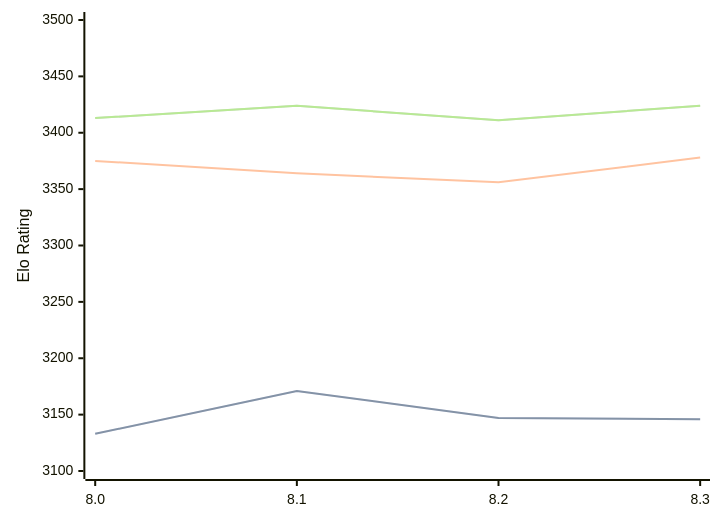
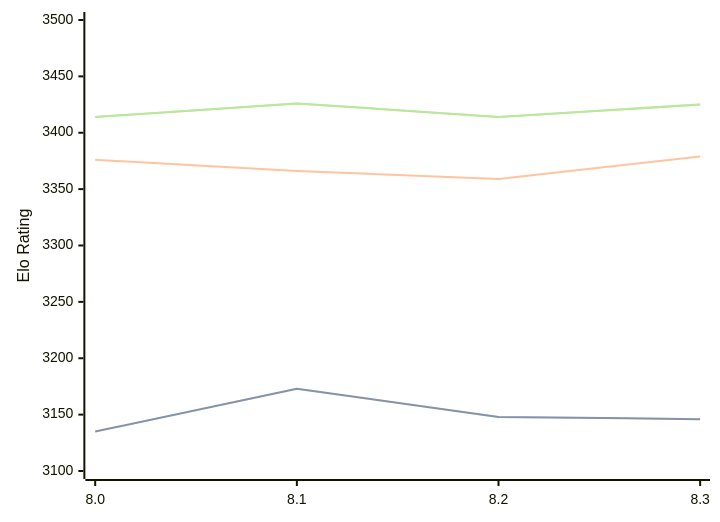
The diagram in engines/Alexander.md (computer-chess-index/cci), drawn with Mermaid before and after one commit. The commit also changed other lines of this file, not shown here.

Commit message:
Update CCI Ratings (ELO VLTC) - 2026-08-22

````diff
--- a/engines/Alexander.md
+++ b/engines/Alexander.md
@@ -34,11 +34,11 @@
 ```mermaid
 %%{init: {"theme":"base","themeVariables":{"seriesColors:['#a3a3a3','#222221','#faa371']}}}%%
 xychart-beta
   x-axis ["8.0", "8.1", "8.2", "8.3"]
   y-axis "Elo Rating" 3100 --> 3500
-  line "STC (8.0+0.08s)" [3133, 3171, 3147, 3146]
-  line "STC (8.0+0.08s)" [3133, 3171, 3147, 3146]
-  line "LTC (60.0+0.60s)" [3375, 3364, 3356, 3378]
-  line "VLTC (2m24s+1.12s)" [3413, 3424, 3411, 3424]
-  line "VLTC (2m24s+1.12s)" [3413, 3424, 3411, 3424]
+  line "STC (8.0+0.08s)" [3135, 3173, 3148, 3146]
+  line "STC (8.0+0.08s)" [3135, 3173, 3148, 3146]
+  line "LTC (60.0+0.60s)" [3376, 3366, 3359, 3379]
+  line "VLTC (2m24s+1.12s)" [3414, 3426, 3414, 3425]
+  line "VLTC (2m24s+1.12s)" [3414, 3426, 3414, 3425]
 ```
````
